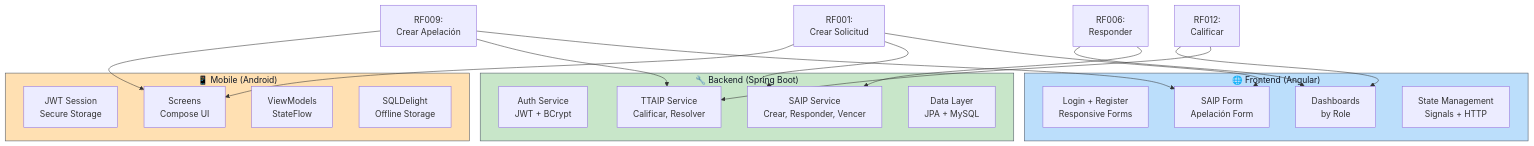
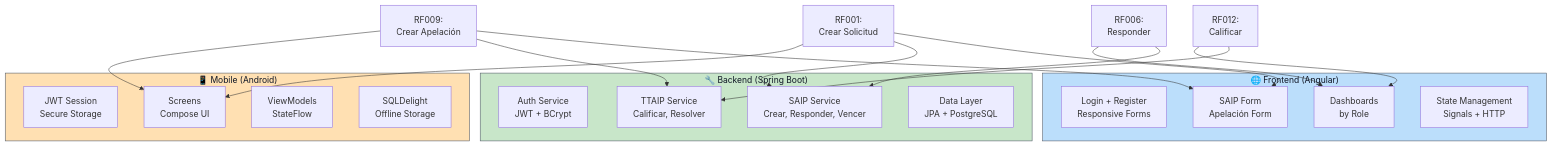
One commit to transparenciapublicadev/plataforma-saip-apelaciones changed the eighth of 10 diagrams in docs/src/content/docs/metodologia/index.mdx. Above: the diagram before and after it, drawn with Mermaid. The commit also changed 18 other files, not shown here.

Commit message:
📝 docs: update all documentation for PostgreSQL as default runtime

````diff
--- a/docs/src/content/docs/metodologia/index.mdx
+++ b/docs/src/content/docs/metodologia/index.mdx
@@ -439,46 +439,46 @@
 ```mermaid
 graph TB
     subgraph Backend["🔧 Backend (Spring Boot)"]
         BE_Auth["Auth Service<br/>JWT + BCrypt"]
         BE_SAIP["SAIP Service<br/>Crear, Responder, Vencer"]
         BE_TTAIP["TTAIP Service<br/>Calificar, Resolver"]
-        BE_Data["Data Layer<br/>JPA + MySQL"]
+        BE_Data["Data Layer<br/>JPA + PostgreSQL"]
     end
     
     subgraph Frontend["🌐 Frontend (Angular)"]
         FE_Auth["Login + Register<br/>Responsive Forms"]
         FE_Dashboard["Dashboards<br/>by Role"]
         FE_Forms["SAIP Form<br/>Apelación Form"]
         FE_State["State Management<br/>Signals + HTTP"]
     end
     
     subgraph Mobile["📱 Mobile (Android)"]
         MB_Auth["JWT Session<br/>Secure Storage"]
         MB_Screen["Screens<br/>Compose UI"]
         MB_VM["ViewModels<br/>StateFlow"]
         MB_DB["SQLDelight<br/>Offline Storage"]
     end
     
     RF_001["RF001:<br/>Crear Solicitud"]
     RF_006["RF006:<br/>Responder"]
     RF_009["RF009:<br/>Crear Apelación"]
     RF_012["RF012:<br/>Calificar"]
     
     RF_001 --> FE_Forms
     RF_001 --> BE_SAIP
     RF_001 --> MB_Screen
     
     RF_006 --> BE_SAIP
     RF_006 --> FE_Dashboard
     
     RF_009 --> FE_Forms
     RF_009 --> BE_TTAIP
     RF_009 --> MB_Screen
     
     RF_012 --> BE_TTAIP
     RF_012 --> FE_Dashboard
     
     style Backend fill:#c8e6c9,color:#111827,stroke:#4b5563,stroke-width:1px
     style Frontend fill:#bbdefb,color:#111827,stroke:#4b5563,stroke-width:1px
     style Mobile fill:#ffe0b2,color:#111827,stroke:#4b5563,stroke-width:1px
 ```
````
